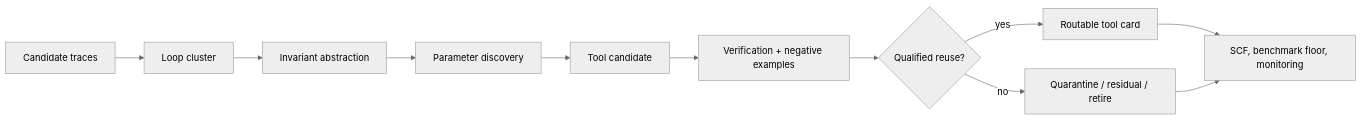
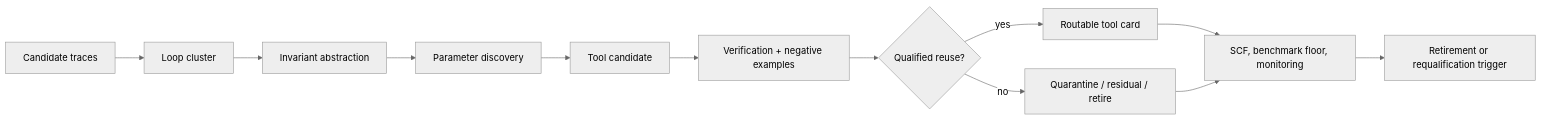
The diagram in chapters/procedural-memory-and-cognitive-loop-closure.qmd (corbensorenson/asi-stack-book), drawn with Mermaid (neutral theme) before and after one commit. The commit also changed 20 other files, not shown here.

Commit message:
Raise diagram substance floor

````diff
--- a/chapters/procedural-memory-and-cognitive-loop-closure.qmd
+++ b/chapters/procedural-memory-and-cognitive-loop-closure.qmd
@@ -108,13 +108,14 @@
 ```{mermaid}
 flowchart LR
   A["Candidate traces"] --> B["Loop cluster"]
   B --> C["Invariant abstraction"]
   C --> D["Parameter discovery"]
   D --> E["Tool candidate"]
   E --> F["Verification + negative examples"]
   F --> G{"Qualified reuse?"}
   G -- "yes" --> H["Routable tool card"]
   G -- "no" --> I["Quarantine / residual / retire"]
   H --> J["SCF, benchmark floor, monitoring"]
   I --> J
+  J --> K["Retirement or requalification trigger"]
 ```
````
